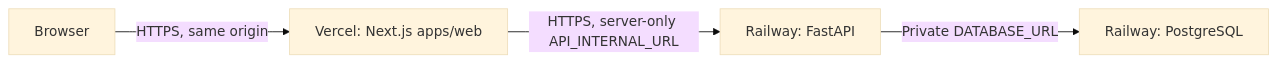
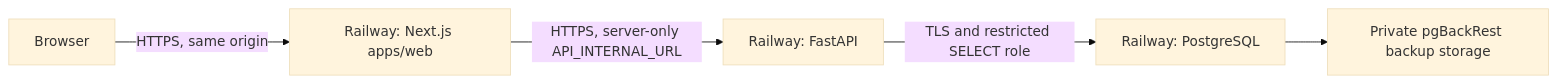
Before and after one commit to farhan-shafee/aegisgraph: the diagram in docs/DEPLOYMENT.md, drawn with Mermaid (base theme). The commit also changed other lines of this file and 16 other files, not shown here.

````diff
--- a/docs/DEPLOYMENT.md
+++ b/docs/DEPLOYMENT.md
@@ -25,6 +23,7 @@
 ```mermaid
 flowchart LR
-  Visitor[Browser] -->|HTTPS, same origin| Web[Vercel: Next.js apps/web]
+  Visitor[Browser] -->|HTTPS, same origin| Web[Railway: Next.js apps/web]
   Web -->|HTTPS, server-only API_INTERNAL_URL| API[Railway: FastAPI]
-  API -->|Private DATABASE_URL| DB[Railway: PostgreSQL]
+  API -->|TLS and restricted SELECT role| DB[Railway: PostgreSQL]
+  DB --> Backup[Private pgBackRest backup storage]
 ```
````
